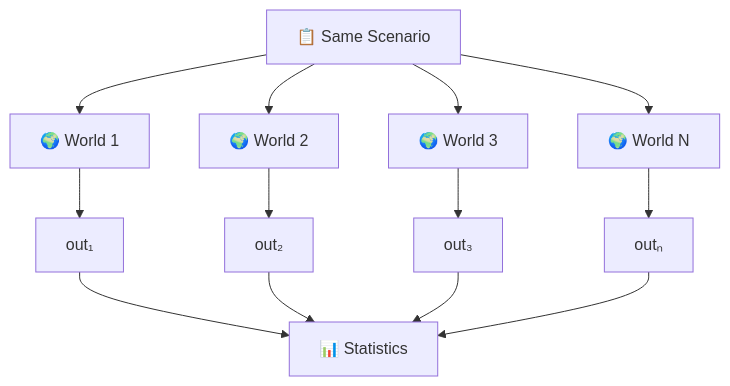
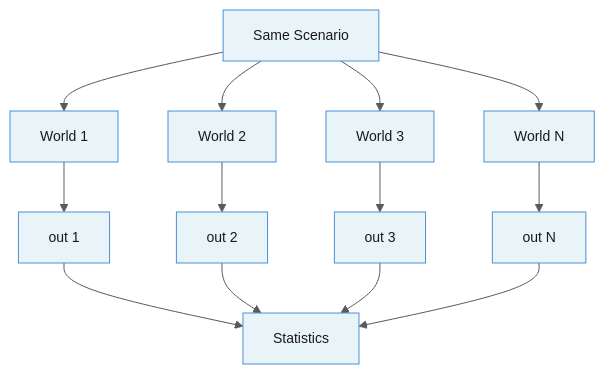
The fourth of 8 diagrams in docs/guide.md (georgosgeorgos/minimal-agora), drawn with Mermaid before and after one commit. The commit also changed other lines of this file and 1 other file, not shown here.

First line of the commit message:
Improve Mermaid diagram readability: light theme, clean labels

````diff
--- a/docs/guide.md
+++ b/docs/guide.md
@@ -228,15 +231,16 @@
 ```mermaid
+%%{init: {'theme': 'base', 'themeVariables': {'primaryColor': '#e8f4f8', 'primaryTextColor': '#1a1a1a', 'primaryBorderColor': '#4a90d9', 'lineColor': '#5a5a5a', 'secondaryColor': '#f0f7e8', 'tertiaryColor': '#fff5e6', 'fontSize': '14px'}}}%%
 flowchart TB
-    S["📋 Same Scenario"] --> W1["🌍 World 1"]
-    S --> W2["🌍 World 2"]
-    S --> W3["🌍 World 3"]
-    S --> WN["🌍 World N"]
-    W1 --> O1["out₁"]
-    W2 --> O2["out₂"]
-    W3 --> O3["out₃"]
-    WN --> ON["outₙ"]
-    O1 --> ST["📊 Statistics"]
+    S["Same Scenario"] --> W1["World 1"]
+    S --> W2["World 2"]
+    S --> W3["World 3"]
+    S --> WN["World N"]
+    W1 --> O1["out 1"]
+    W2 --> O2["out 2"]
+    W3 --> O3["out 3"]
+    WN --> ON["out N"]
+    O1 --> ST["Statistics"]
     O2 --> ST
     O3 --> ST
     ON --> ST
 ```
````
